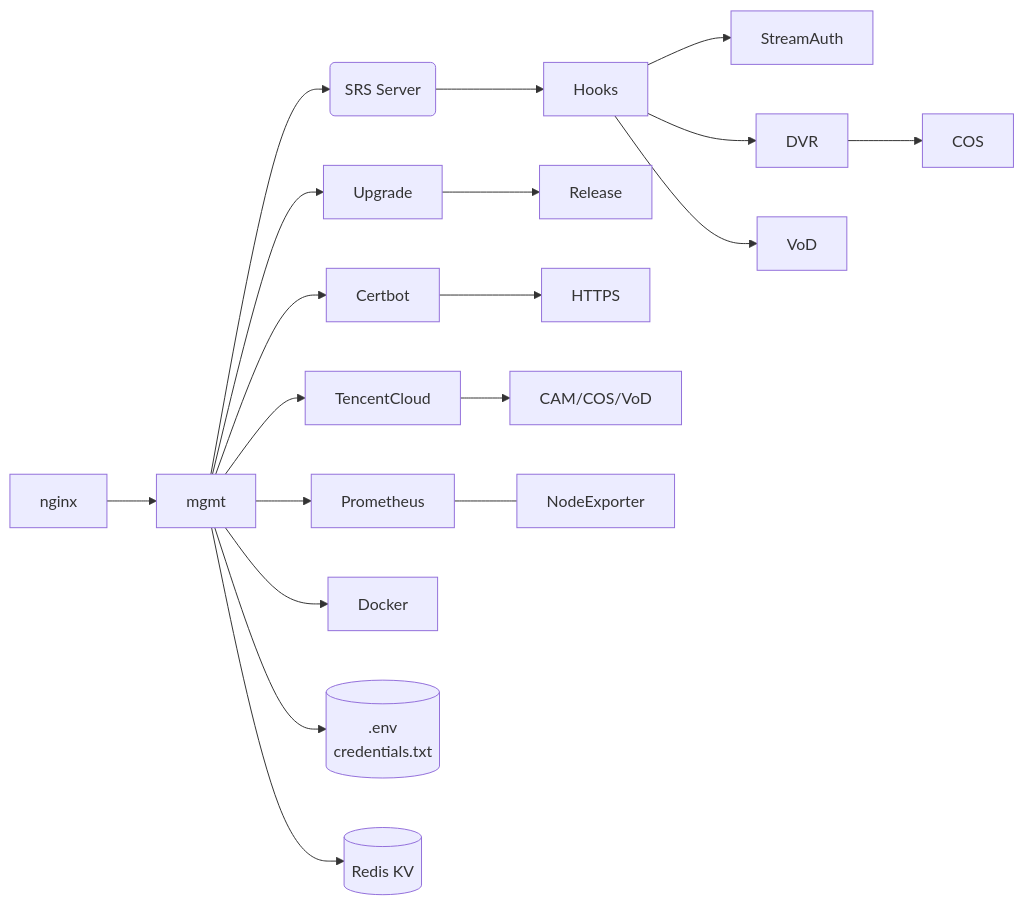
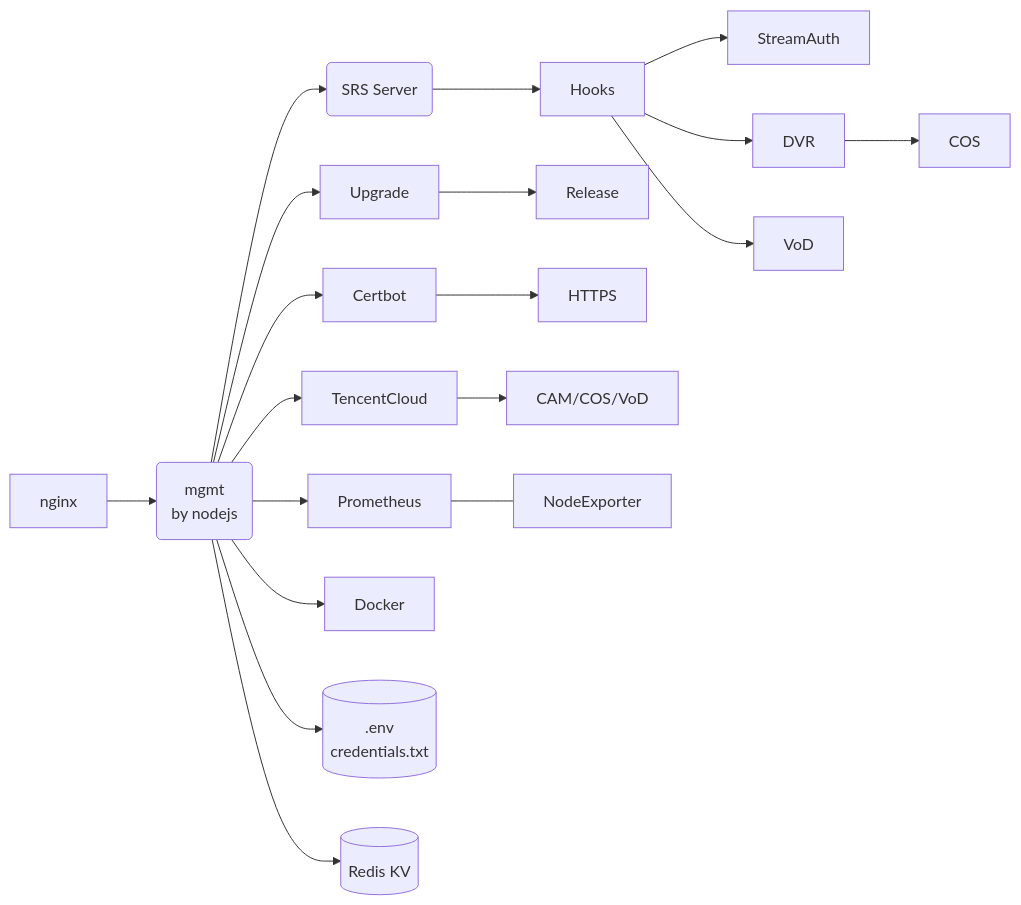
Before and after one commit to ossrs/oryx: the diagram in README.md, drawn with Mermaid. The commit also changed other lines of this file, not shown here.

````diff
--- a/README.md
+++ b/README.md
@@ -5,13 +5,13 @@
 ```mermaid
 graph LR;
-  nginx --> mgmt;
+  nginx --> mgmt(mgmt<br/>by nodejs);
   mgmt --> SRS(SRS Server) --> Hooks --> StreamAuth & DVR & VoD;
   DVR --> COS;
   mgmt --> Upgrade --> Release;
   mgmt --> Certbot --> HTTPS;
   mgmt --> TencentCloud --> CAM[CAM/COS/VoD];
   mgmt --> Prometheus --- NodeExporter;
   mgmt --> Docker;
   mgmt --> Env[(.env<br/>credentials.txt)];
   mgmt --> Redis[(Redis KV)];
 ```
````
